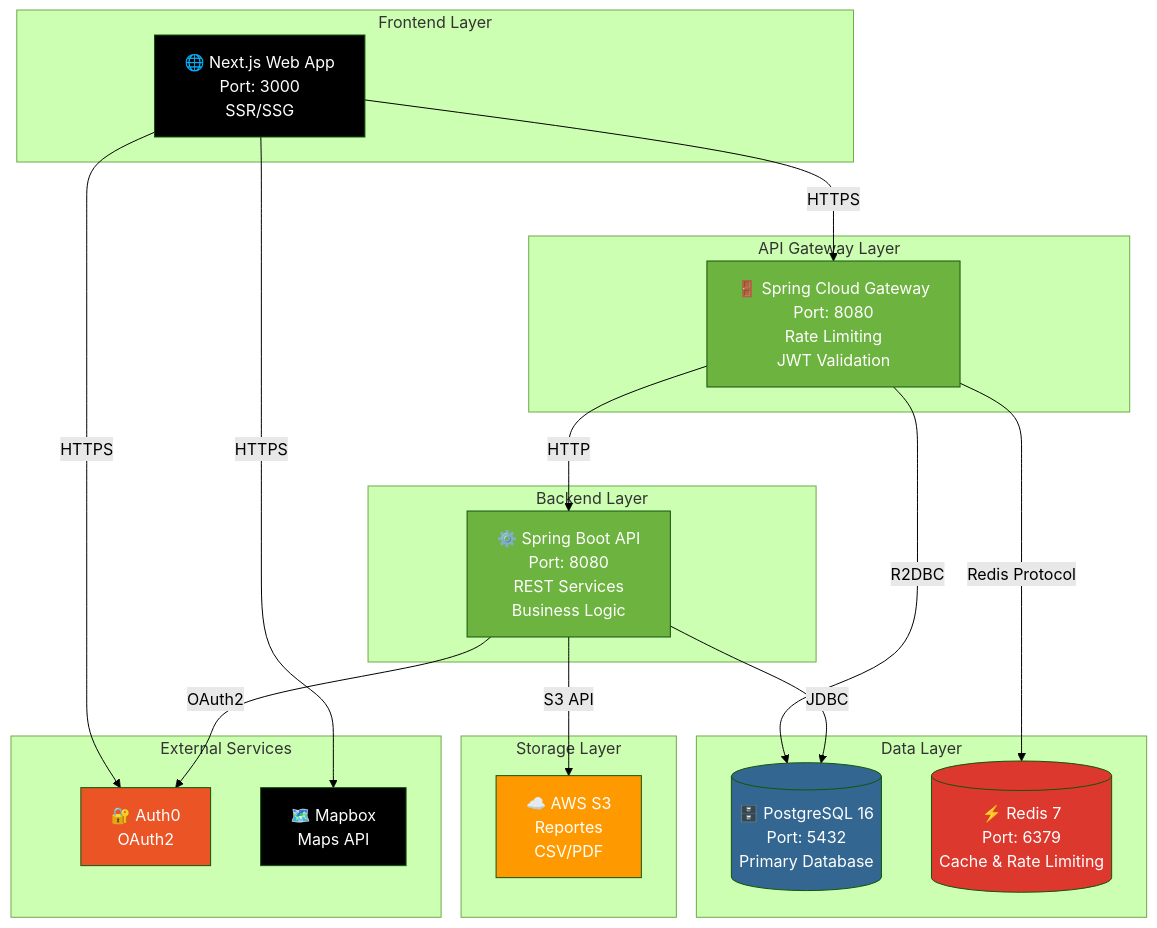
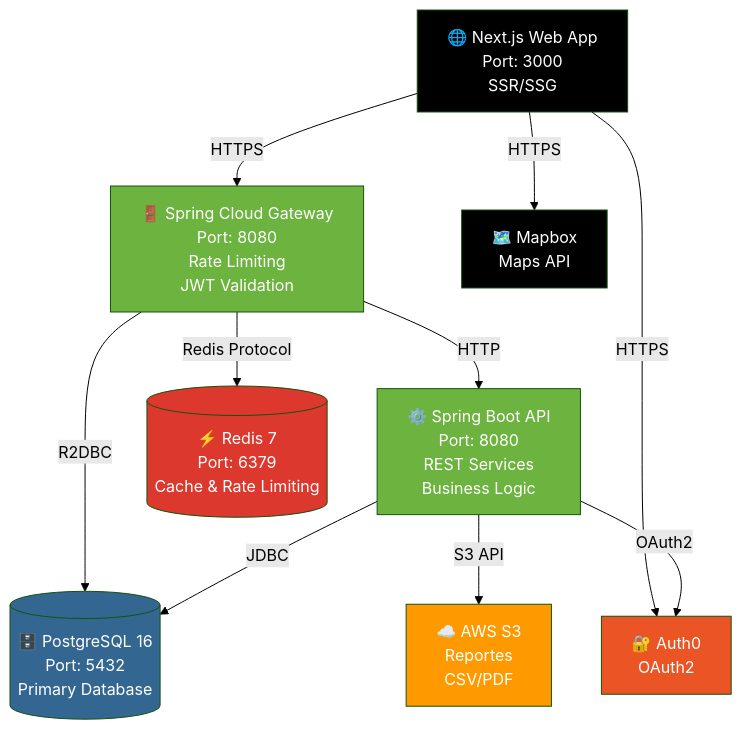
Before and after one commit to HectorCano1411/ecoestudiante: the second of 4 diagrams in README.md, drawn with Mermaid (forest theme). The commit also changed other lines of this file, not shown here.

````diff
--- a/README.md
+++ b/README.md
@@ -151,47 +146,30 @@
 ```mermaid
-graph TB
-    subgraph "Frontend Layer"
-        Web[🌐 Next.js Web App<br/>Port: 3000<br/>SSR/SSG]
-    end
-    
-    subgraph "API Gateway Layer"
-        Gateway[🚪 Spring Cloud Gateway<br/>Port: 8080<br/>Rate Limiting<br/>JWT Validation]
-    end
-    
-    subgraph "Backend Layer"
-        API[⚙️ Spring Boot API<br/>Port: 8080<br/>REST Services<br/>Business Logic]
-    end
-    
-    subgraph "Data Layer"
-        PostgreSQL[(🗄️ PostgreSQL 16<br/>Port: 5432<br/>Primary Database)]
-        Redis[(⚡ Redis 7<br/>Port: 6379<br/>Cache & Rate Limiting)]
-    end
-    
-    subgraph "Storage Layer"
-        S3[☁️ AWS S3<br/>Reportes<br/>CSV/PDF]
-    end
-    
-    subgraph "External Services"
-        Auth0[🔐 Auth0<br/>OAuth2]
-        Mapbox[🗺️ Mapbox<br/>Maps API]
-    end
+graph TD
+    Web[🌐 Next.js Web App<br/>Port: 3000<br/>SSR/SSG]
+    Gateway[🚪 Spring Cloud Gateway<br/>Port: 8080<br/>Rate Limiting<br/>JWT Validation]
+    API[⚙️ Spring Boot API<br/>Port: 8080<br/>REST Services<br/>Business Logic]
+    PostgreSQL[(🗄️ PostgreSQL 16<br/>Port: 5432<br/>Primary Database)]
+    Redis[(⚡ Redis 7<br/>Port: 6379<br/>Cache & Rate Limiting)]
+    S3[☁️ AWS S3<br/>Reportes<br/>CSV/PDF]
+    Auth0[🔐 Auth0<br/>OAuth2]
+    Mapbox[🗺️ Mapbox<br/>Maps API]
     
     Web -->|HTTPS| Gateway
     Web -->|HTTPS| Auth0
     Web -->|HTTPS| Mapbox
     Gateway -->|HTTP| API
     Gateway -->|R2DBC| PostgreSQL
     Gateway -->|Redis Protocol| Redis
     API -->|JDBC| PostgreSQL
     API -->|S3 API| S3
     API -->|OAuth2| Auth0
     
     style Web fill:#000000,color:#fff
     style Gateway fill:#6DB33F,color:#fff
     style API fill:#6DB33F,color:#fff
     style PostgreSQL fill:#336791,color:#fff
     style Redis fill:#DC382D,color:#fff
     style S3 fill:#FF9900,color:#fff
     style Auth0 fill:#EB5424,color:#fff
     style Mapbox fill:#000000,color:#fff
 ```
````
